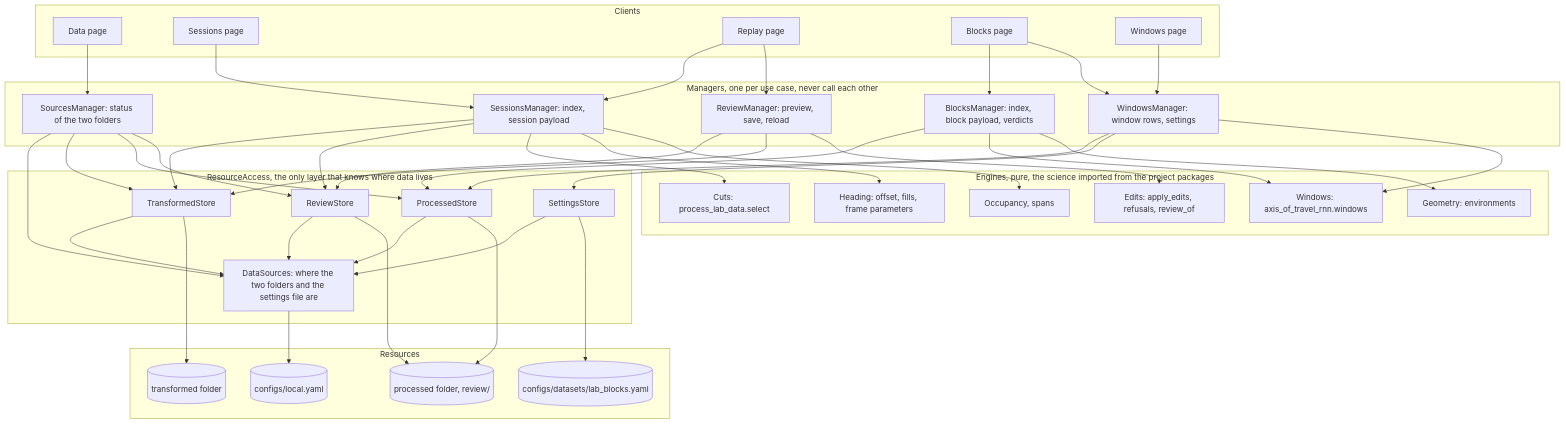
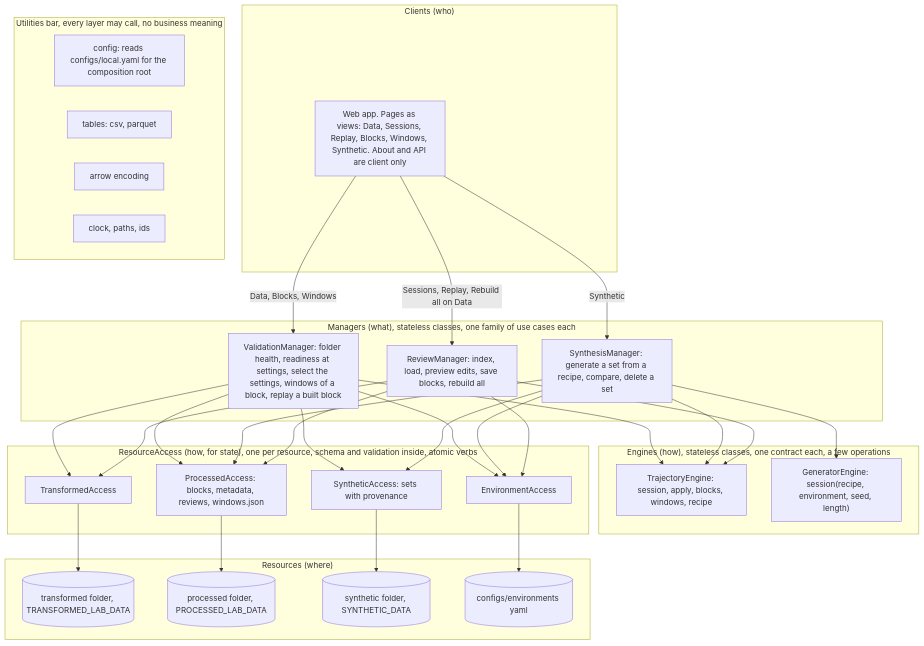
One commit to kshannon/axis-of-travel-rnn changed the first of 5 diagrams in ratreplay/docs/architecture.md. Above: the diagram before and after it, drawn with Mermaid. The commit also changed other lines of this file and 2 other files, not shown here.

Commit message:
Rewrite the RatReplay architecture around three managers, two engines and four accesses, with the plan and tasks for the rebuild

````diff
--- a/ratreplay/docs/architecture.md
+++ b/ratreplay/docs/architecture.md
@@ -12,72 +79,57 @@
 ```mermaid
 flowchart TB
-    subgraph Clients
-        D[Data page]
-        S[Sessions page]
-        R[Replay page]
-        B[Blocks page]
-        W[Windows page]
+    subgraph Clients["Clients (who)"]
+        UI["Web app. Pages as views: Data, Sessions, Replay, Blocks, Windows, Synthetic. About and API are client only"]
     end
-    subgraph Managers["Managers, one per use case, never call each other"]
-        MS[SourcesManager: status of the two folders]
-        MSe[SessionsManager: index, session payload]
-        MR[ReviewManager: preview, save, reload]
-        MB[BlocksManager: index, block payload, verdicts]
-        MW[WindowsManager: window rows, settings]
+    subgraph Managers["Managers (what), stateless classes, one family of use cases each"]
+        RM["ReviewManager: index, load, preview edits, save blocks, rebuild all"]
+        SM["SynthesisManager: generate a set from a recipe, compare, delete a set"]
+        VM["ValidationManager: folder health, readiness at settings, select the settings, windows of a block, replay a built block"]
     end
-    subgraph Engines["Engines, pure, the science imported from the project packages"]
-        EC[Cuts: process_lab_data.select]
-        EH[Heading: offset, fills, frame parameters]
-        EE[Edits: apply_edits, refusals, review_of]
-        EW[Windows: axis_of_travel_rnn.windows]
-        EG[Geometry: environments]
-        EO[Occupancy, spans]
+    subgraph Engines["Engines (how), stateless classes, one contract each, a few operations"]
+        TE["TrajectoryEngine: session, apply, blocks, windows, recipe"]
+        GE["GeneratorEngine: session(recipe, environment, seed, length)"]
     end
-    subgraph ResourceAccess["ResourceAccess, the only layer that knows where data lives"]
-        DS[DataSources: where the two folders and the settings file are]
-        TS[TransformedStore]
-        PS[ProcessedStore]
-        RS[ReviewStore]
-        SS[SettingsStore]
+    subgraph RA["ResourceAccess (how, for state), one per resource, schema and validation inside, atomic verbs"]
+        TA["TransformedAccess"]
+        PA["ProcessedAccess: blocks, metadata, reviews, windows.json"]
+        SA["SyntheticAccess: sets with provenance"]
+        EA["EnvironmentAccess"]
     end
-    subgraph Resources
-        LY[(configs/local.yaml)]
-        TF[(transformed folder)]
-        PF[(processed folder, review/)]
-        CF[(configs/datasets/lab_blocks.yaml)]
+    subgraph Resources["Resources (where)"]
+        RT[("transformed folder, TRANSFORMED_LAB_DATA")]
+        RP[("processed folder, PROCESSED_LAB_DATA")]
+        RS[("synthetic folder, SYNTHETIC_DATA")]
+        RE[("configs/environments yaml")]
     end
-    D --> MS
-    S --> MSe
-    R --> MSe
-    R --> MR
-    B --> MB
-    B --> MW
-    W --> MW
-    MS --> DS
-    MS --> TS
-    MS --> PS
-    MS --> RS
-    MSe --> TS
-    MSe --> RS
-    MSe --> EC
-    MSe --> EH
-    MSe --> EO
-    MR --> RS
-    MR --> TS
-    MR --> EE
-    MB --> PS
-    MB --> EW
-    MB --> EG
-    MW --> PS
-    MW --> SS
-    MW --> EW
-    TS --> DS
-    PS --> DS
-    RS --> DS
-    SS --> DS
-    DS --> LY
-    TS --> TF
-    PS --> PF
-    RS --> PF
-    SS --> CF
+    subgraph Utilities["Utilities bar, every layer may call, no business meaning"]
+        UC["config: reads configs/local.yaml for the composition root"]
+        UT["tables: csv, parquet"]
+        UA["arrow encoding"]
+        UK["clock, paths, ids"]
+    end
+
+    UI -->|Sessions, Replay, Rebuild all on Data| RM
+    UI -->|Synthetic| SM
+    UI -->|Data, Blocks, Windows| VM
+
+    RM --> TE
+    RM --> TA
+    RM --> PA
+    RM --> EA
+    SM --> TE
+    SM --> GE
+    SM --> PA
+    SM --> SA
+    SM --> EA
+    VM --> TE
+    VM --> TA
+    VM --> PA
+    VM --> SA
+    VM --> EA
+
+    TA --> RT
+    PA --> RP
+    SA --> RS
+    EA --> RE
 ```
````
